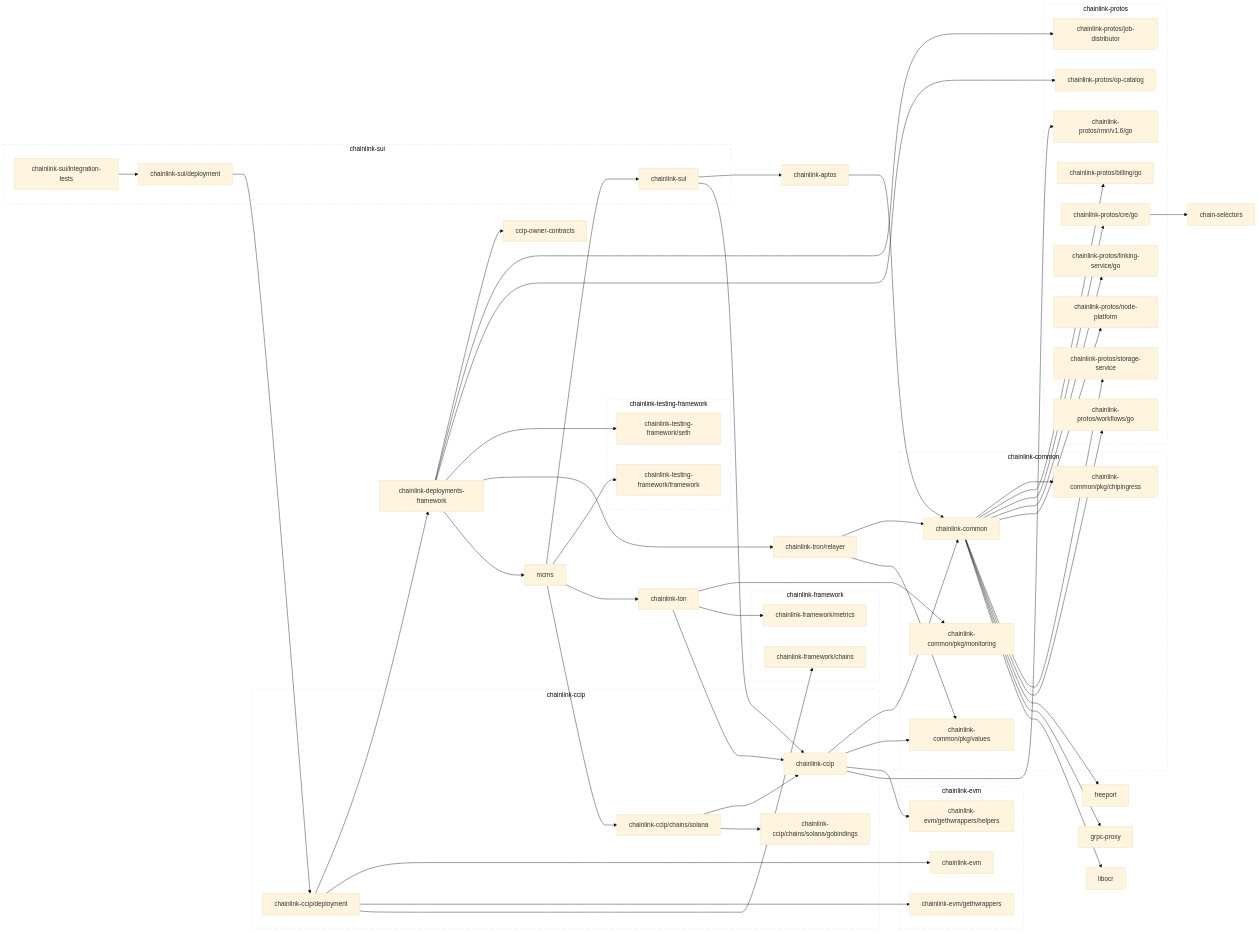
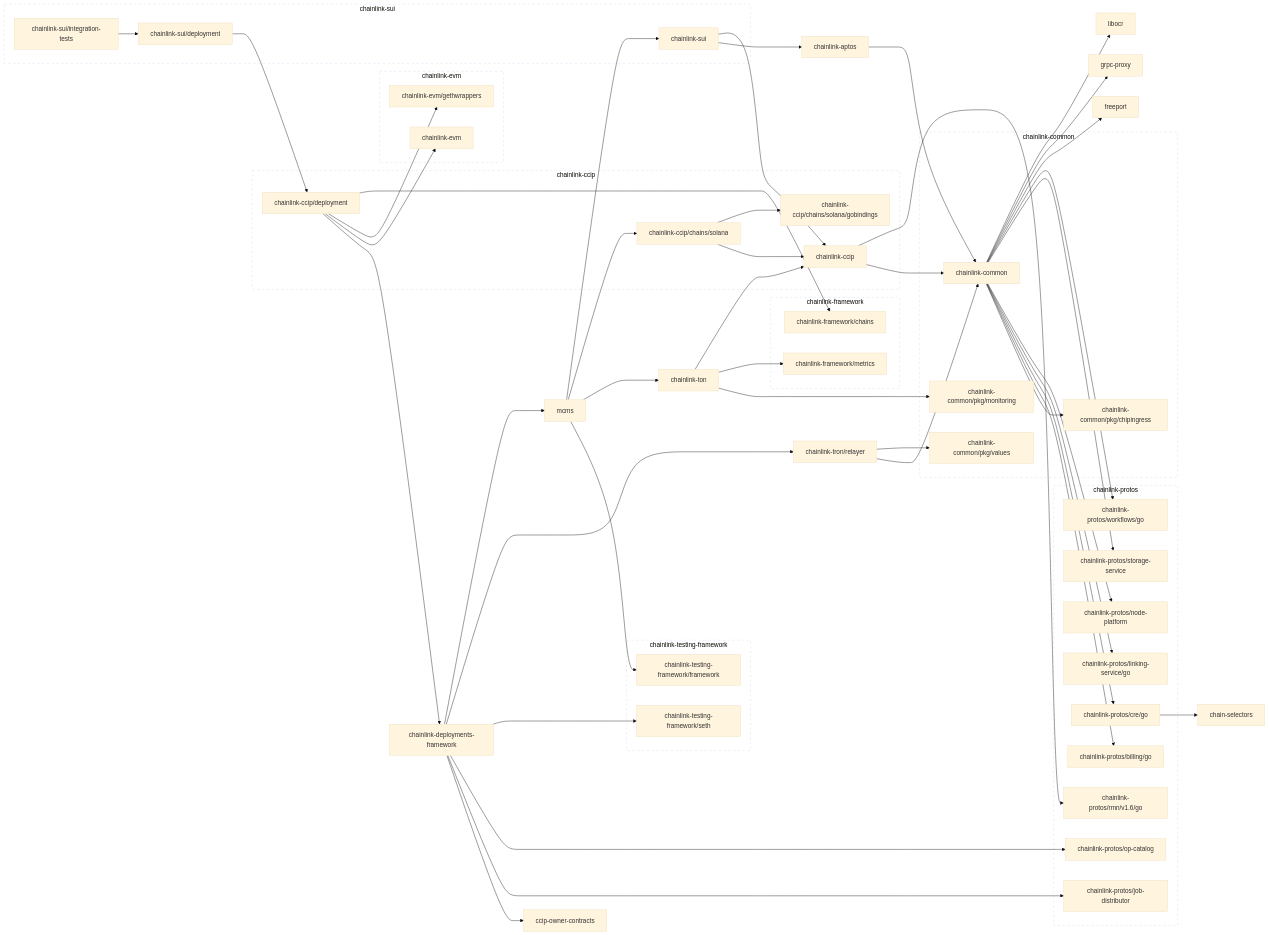
Before and after one commit to smartcontractkit/chainlink-sui: the second of 2 diagrams in go.md, drawn with Mermaid (base theme). The commit also changed other lines of this file, not shown here.

```diff
--- a/go.md
+++ b/go.md
@@ -82,8 +78,6 @@
 	chainlink-aptos --> chainlink-common
 	click chainlink-aptos href "https://github.com/smartcontractkit/chainlink-aptos"
 	chainlink-ccip --> chainlink-common
-	chainlink-ccip --> chainlink-common/pkg/values
-	chainlink-ccip --> chainlink-evm/gethwrappers/helpers
 	chainlink-ccip --> chainlink-protos/rmn/v1.6/go
 	click chainlink-ccip href "https://github.com/smartcontractkit/chainlink-ccip"
 	chainlink-ccip/chains/solana --> chainlink-ccip
@@ -124,8 +118,6 @@
 	click chainlink-evm href "https://github.com/smartcontractkit/chainlink-evm"
 	chainlink-evm/gethwrappers
 	click chainlink-evm/gethwrappers href "https://github.com/smartcontractkit/chainlink-evm"
-	chainlink-evm/gethwrappers/helpers
-	click chainlink-evm/gethwrappers/helpers href "https://github.com/smartcontractkit/chainlink-evm"
 	chainlink-framework/chains
 	click chainlink-framework/chains href "https://github.com/smartcontractkit/chainlink-framework"
 	chainlink-framework/metrics
@@ -197,7 +189,6 @@
 	subgraph chainlink-evm-repo[chainlink-evm]
 		 chainlink-evm
 		 chainlink-evm/gethwrappers
-		 chainlink-evm/gethwrappers/helpers
 	end
 	click chainlink-evm-repo href "https://github.com/smartcontractkit/chainlink-evm"
 
```
